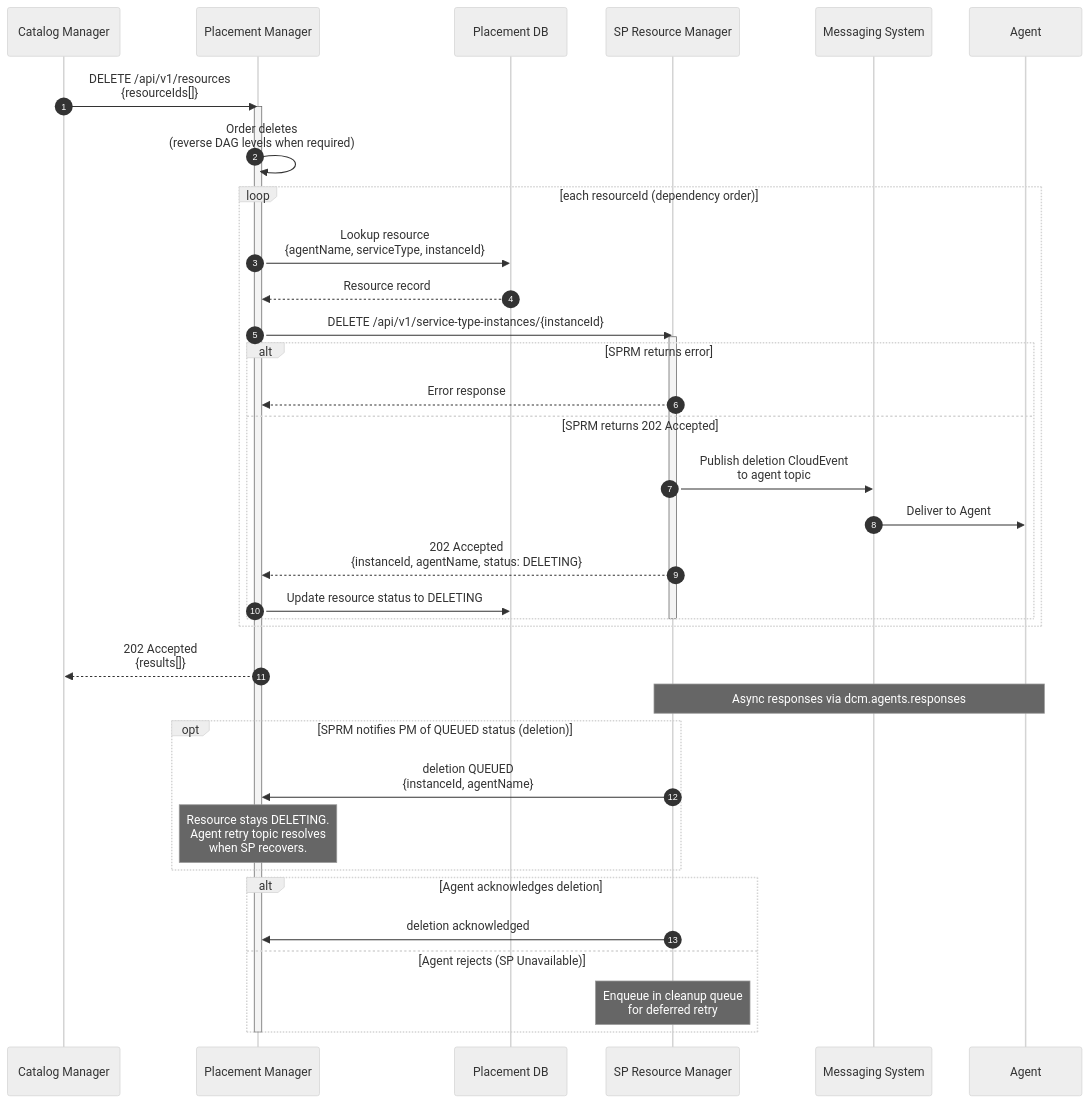
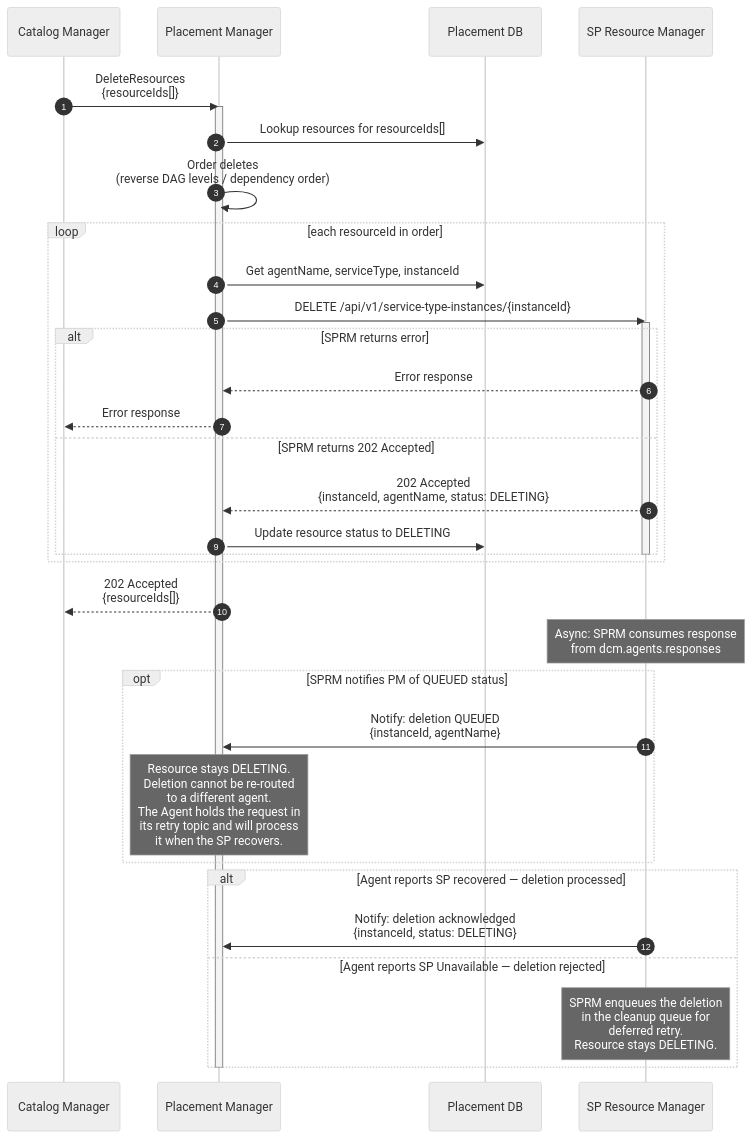
Before and after one commit to dcm-project/enhancements: the fourth of 4 diagrams in enhancements/placement-manager/placement-manager.md, drawn with Mermaid (neutral theme). The commit also changed other lines of this file, not shown here.

Commit message:
Update delete sequence diagram Assisted-By: Cursor AI

````diff
--- a/enhancements/placement-manager/placement-manager.md
+++ b/enhancements/placement-manager/placement-manager.md
@@ -758,49 +758,45 @@
 ```mermaid
 sequenceDiagram
     autonumber
     participant CM as Catalog Manager
     participant PM as Placement Manager
     participant DB as Placement DB
     participant SPRM as SP Resource Manager
-    participant MS as Messaging System
-    participant AG as Agent
 
-    CM->>PM: DELETE /api/v1/resources<br/>{resourceIds[]}
+    CM->>PM: DeleteResources<br/>{resourceIds[]}
     activate PM
 
-    PM->>PM: Order deletes<br/>(reverse DAG levels when required)
+    PM->>DB: Lookup resources for resourceIds[]
+    PM->>PM: Order deletes<br/>(reverse DAG levels / dependency order)
 
-    loop each resourceId (dependency order)
-        PM->>DB: Lookup resource<br/>{agentName, serviceType, instanceId}
-        DB-->>PM: Resource record
-
+    loop each resourceId in order
+        PM->>DB: Get agentName, serviceType, instanceId
         PM->>SPRM: DELETE /api/v1/service-type-instances/{instanceId}
         activate SPRM
 
         alt SPRM returns error
             SPRM-->>PM: Error response
+            PM-->>CM: Error response
         else SPRM returns 202 Accepted
-            SPRM->>MS: Publish deletion CloudEvent<br/>to agent topic
-            MS->>AG: Deliver to Agent
             SPRM-->>PM: 202 Accepted<br/>{instanceId, agentName, status: DELETING}
             PM->>DB: Update resource status to DELETING
         end
         deactivate SPRM
     end
 
-    PM-->>CM: 202 Accepted<br/>{results[]}
+    PM-->>CM: 202 Accepted<br/>{resourceIds[]}
 
-    Note over AG,SPRM: Async responses via dcm.agents.responses
+    Note over SPRM: Async: SPRM consumes response<br/>from dcm.agents.responses
 
-    opt SPRM notifies PM of QUEUED status (deletion)
-        SPRM->>PM: deletion QUEUED<br/>{instanceId, agentName}
-        Note over PM: Resource stays DELETING.<br/>Agent retry topic resolves<br/>when SP recovers.
+    opt SPRM notifies PM of QUEUED status
+        SPRM->>PM: Notify: deletion QUEUED<br/>{instanceId, agentName}
+        Note over PM: Resource stays DELETING.<br/>Deletion cannot be re-routed<br/>to a different agent.<br/>The Agent holds the request in<br/>its retry topic and will process<br/>it when the SP recovers.
     end
 
-    alt Agent acknowledges deletion
-        SPRM->>PM: deletion acknowledged
-    else Agent rejects (SP Unavailable)
-        Note over SPRM: Enqueue in cleanup queue<br/>for deferred retry
+    alt Agent reports SP recovered — deletion processed
+        SPRM->>PM: Notify: deletion acknowledged<br/>{instanceId, status: DELETING}
+    else Agent reports SP Unavailable — deletion rejected
+        Note over SPRM: SPRM enqueues the deletion<br/>in the cleanup queue for<br/>deferred retry.<br/>Resource stays DELETING.
     end
     deactivate PM
 ```
````
